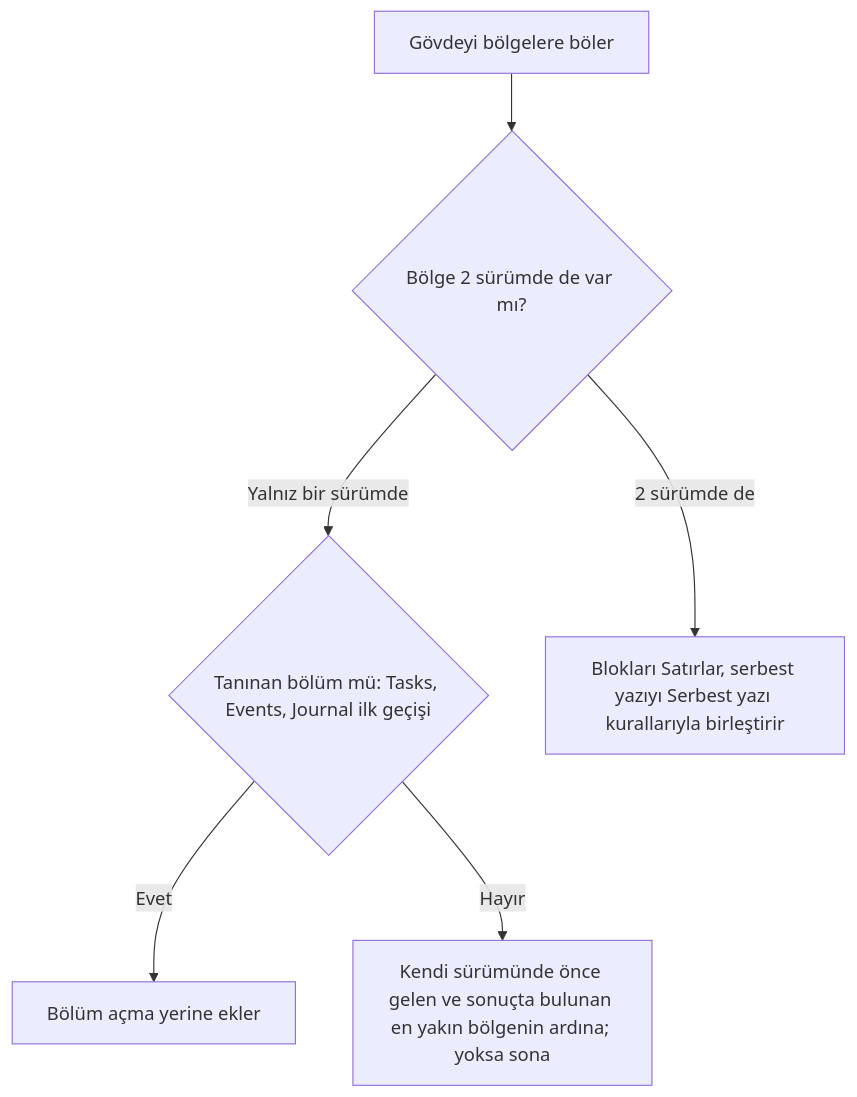
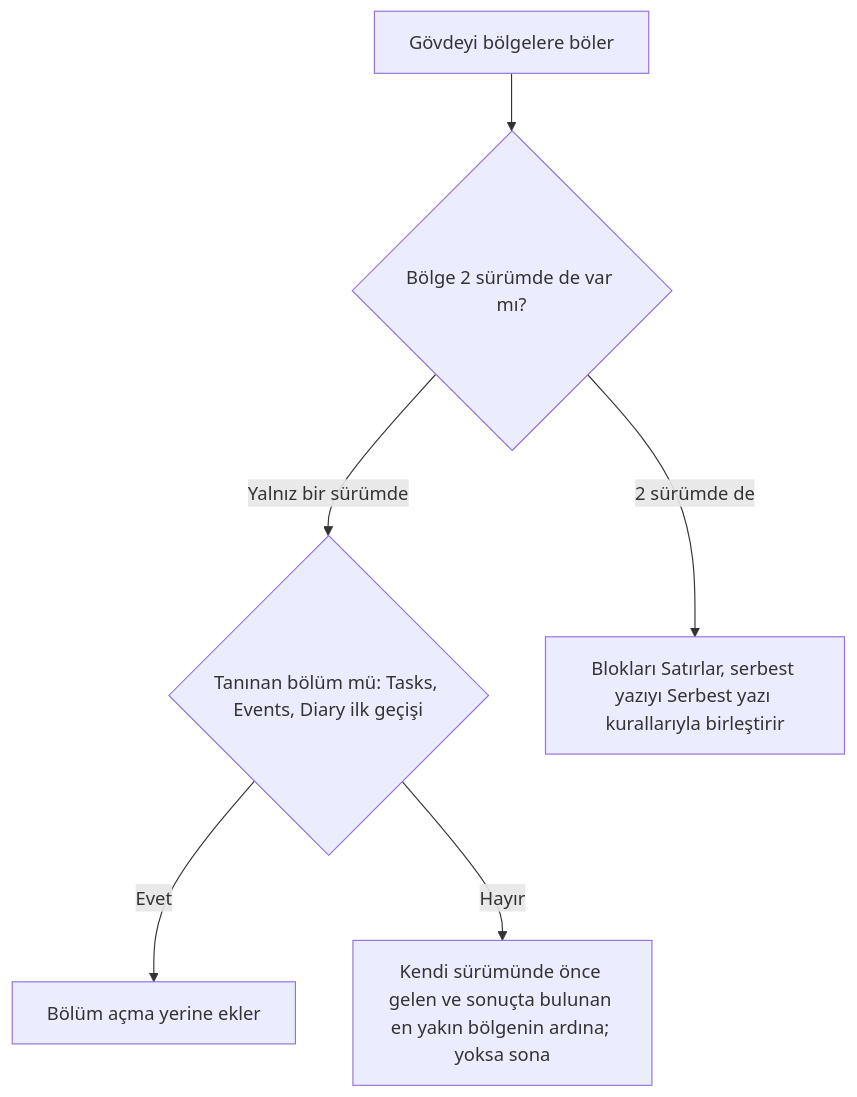
Diagram 20 of 23 in docs/vault-format.md (dogancanyildiz/kenet), drawn with Mermaid before and after one commit. The commit also changed other lines of this file and 1289 other files, not shown here.

First line of the commit message:
chore: Journal adı kalkar; Günlük Diary, kasa diary/ (#400)

````diff
--- a/docs/vault-format.md
+++ b/docs/vault-format.md
@@ -1793,8 +1879,8 @@
 ```mermaid
 flowchart TD
   A["Gövdeyi bölgelere böler"] --> B{"Bölge 2 sürümde de var mı?"}
-  B -- "Yalnız bir sürümde" --> C{"Tanınan bölüm mü: Tasks, Events, Journal ilk geçişi"}
+  B -- "Yalnız bir sürümde" --> C{"Tanınan bölüm mü: Tasks, Events, Diary ilk geçişi"}
   C -- Evet --> C1["Bölüm açma yerine ekler"]
   C -- Hayır --> C2["Kendi sürümünde önce gelen ve sonuçta bulunan en yakın bölgenin ardına; yoksa sona"]
   B -- "2 sürümde de" --> D["Blokları Satırlar, serbest yazıyı Serbest yazı kurallarıyla birleştirir"]
 ```
````
